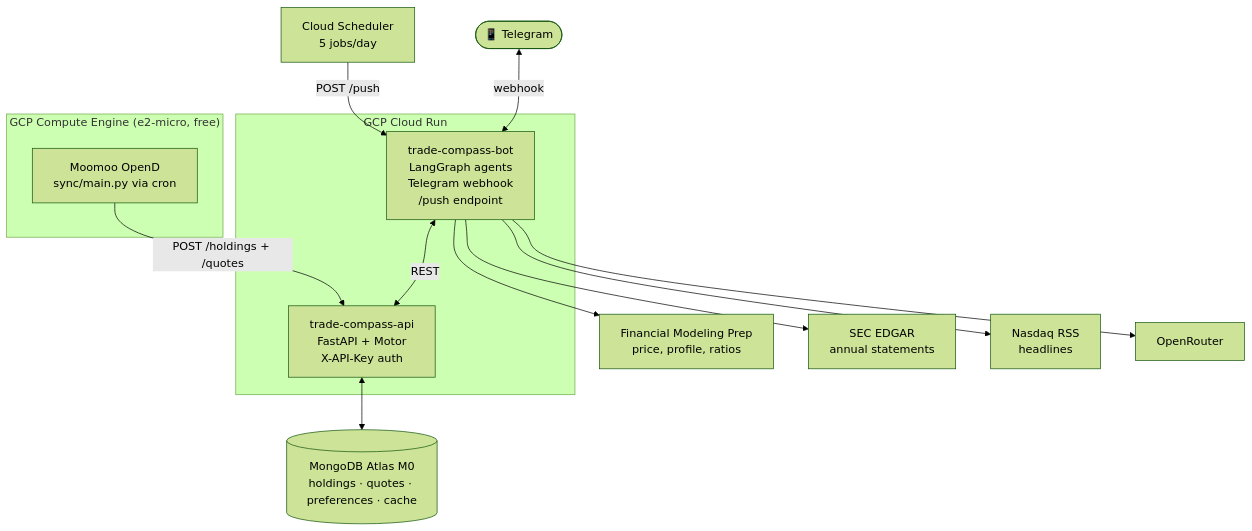
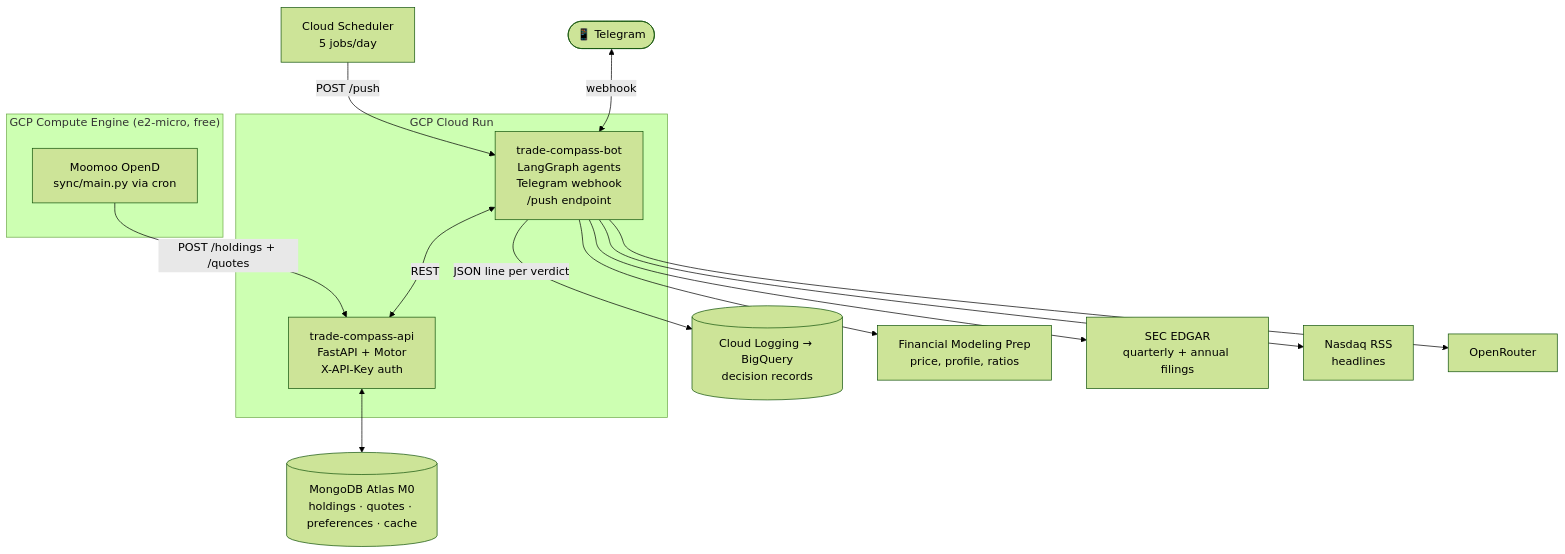
One commit to PCBZ/trade-compass changed the first of 2 diagrams in README.md. Above: the diagram before and after it, drawn with Mermaid (forest theme). The commit also changed other lines of this file and 3 other files, not shown here.

````diff
--- a/README.md
+++ b/README.md
@@ -25,30 +25,32 @@
 ```mermaid
 flowchart TD
     User([📱 Telegram])
 
     subgraph CR["GCP Cloud Run"]
         BOT["trade-compass-bot<br/>LangGraph agents<br/>Telegram webhook<br/>/push endpoint"]
         API["trade-compass-api<br/>FastAPI + Motor<br/>X-API-Key auth"]
     end
 
     subgraph GCE["GCP Compute Engine (e2-micro, free)"]
         VM["Moomoo OpenD<br/>sync/main.py via cron"]
     end
 
     DB[("MongoDB Atlas M0<br/>holdings · quotes · preferences · cache")]
+    LOG[("Cloud Logging → BigQuery<br/>decision records")]
     SCHED["Cloud Scheduler<br/>5 jobs/day"]
     FMP["Financial Modeling Prep<br/>price, profile, ratios"]
-    EDGAR["SEC EDGAR<br/>annual statements"]
+    EDGAR["SEC EDGAR<br/>quarterly + annual filings"]
     NEWS["Nasdaq RSS<br/>headlines"]
     LLM["OpenRouter"]
 
     User <-->|webhook| BOT
     SCHED -->|POST /push| BOT
     BOT --> FMP
     BOT --> EDGAR
     BOT --> NEWS
     BOT --> LLM
+    BOT -->|JSON line per verdict| LOG
     BOT <-->|REST| API
     API <--> DB
     VM -->|POST /holdings + /quotes| API
 ```
````
